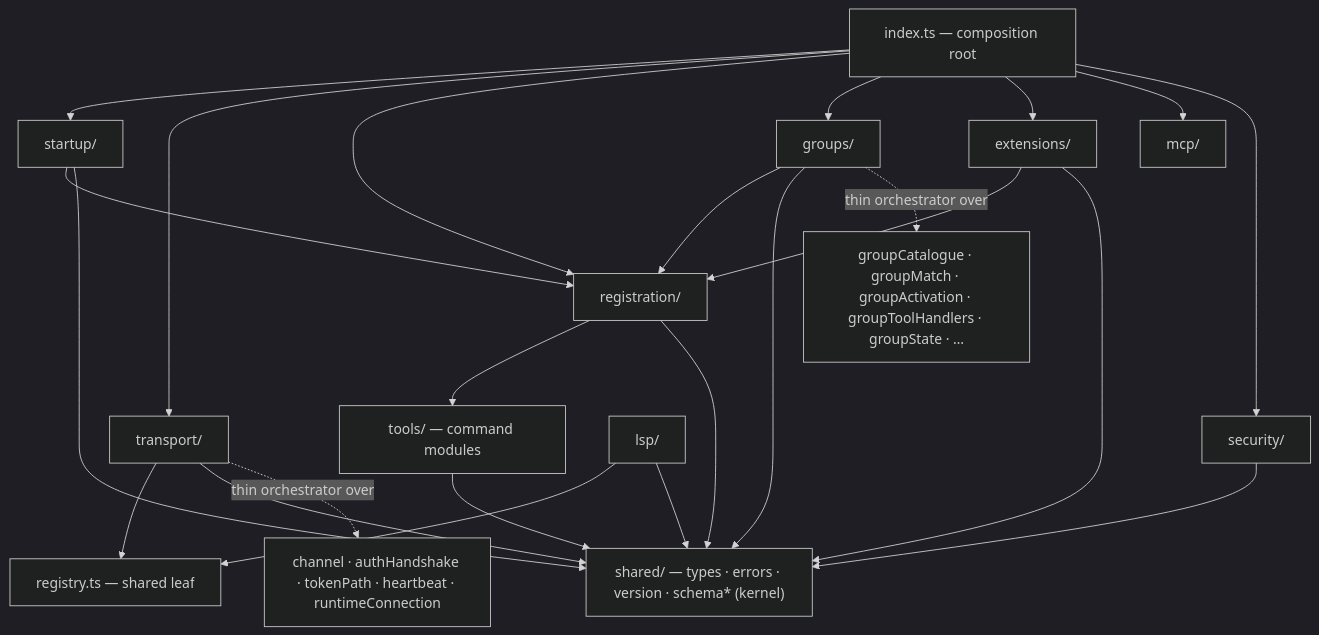
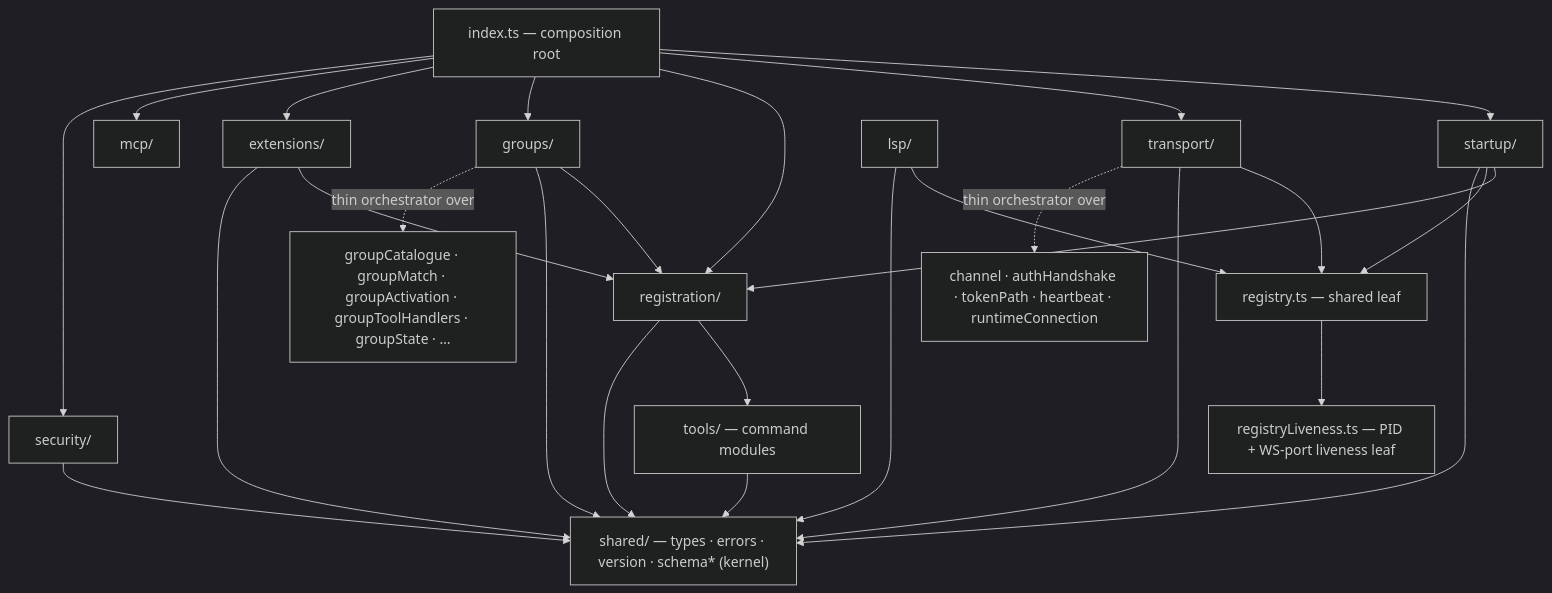
Before and after one commit to NPGameDev/godot-mcp-server: the second of 13 diagrams in docs/architecture/README.md, drawn with Mermaid (dark theme). The commit also changed other lines of this file and 35 other files, not shown here.

````diff
--- a/docs/architecture/README.md
+++ b/docs/architecture/README.md
@@ -158,28 +160,30 @@
 ```mermaid
 flowchart TD
     index["index.ts — composition root"]
     registry["registry.ts — shared leaf"]
     index --> startup["startup/"]
     index --> transport["transport/"]
     index --> registration["registration/"]
     index --> groups["groups/"]
     index --> extensions["extensions/"]
     index --> mcp["mcp/"]
     index --> security["security/"]
     startup --> registration
     groups --> registration
     extensions --> registration
     registration --> tools["tools/ — command modules"]
     transport --> registry
+    startup --> registry
     lsp["lsp/"] --> registry
+    registry --> liveness["registryLiveness.ts — PID + WS-port liveness leaf"]
     transport --> shared["shared/ — types · errors · version · schema* (kernel)"]
     registration --> shared
     groups --> shared
     extensions --> shared
     lsp --> shared
     security --> shared
     startup --> shared
     tools --> shared
     transport -.->|"thin orchestrator over"| tchildren["channel · authHandshake · tokenPath · heartbeat · runtimeConnection"]
     groups -.->|"thin orchestrator over"| gchildren["groupCatalogue · groupMatch · groupActivation · groupToolHandlers · groupState · …"]
 ```
````
